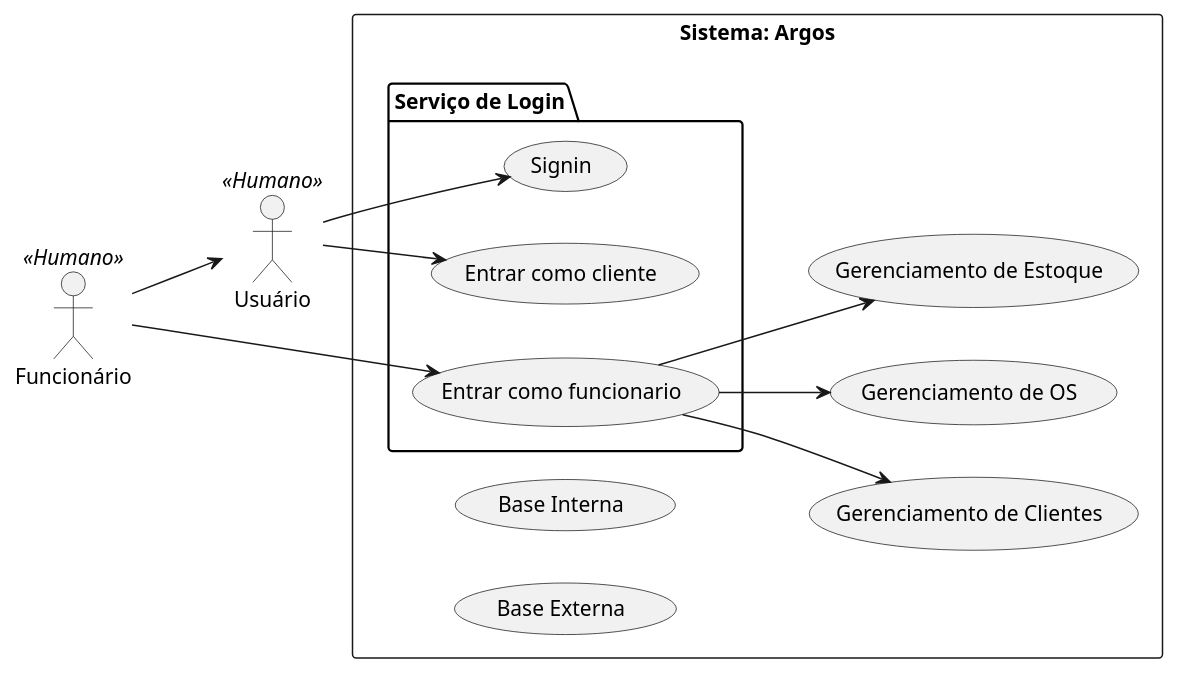
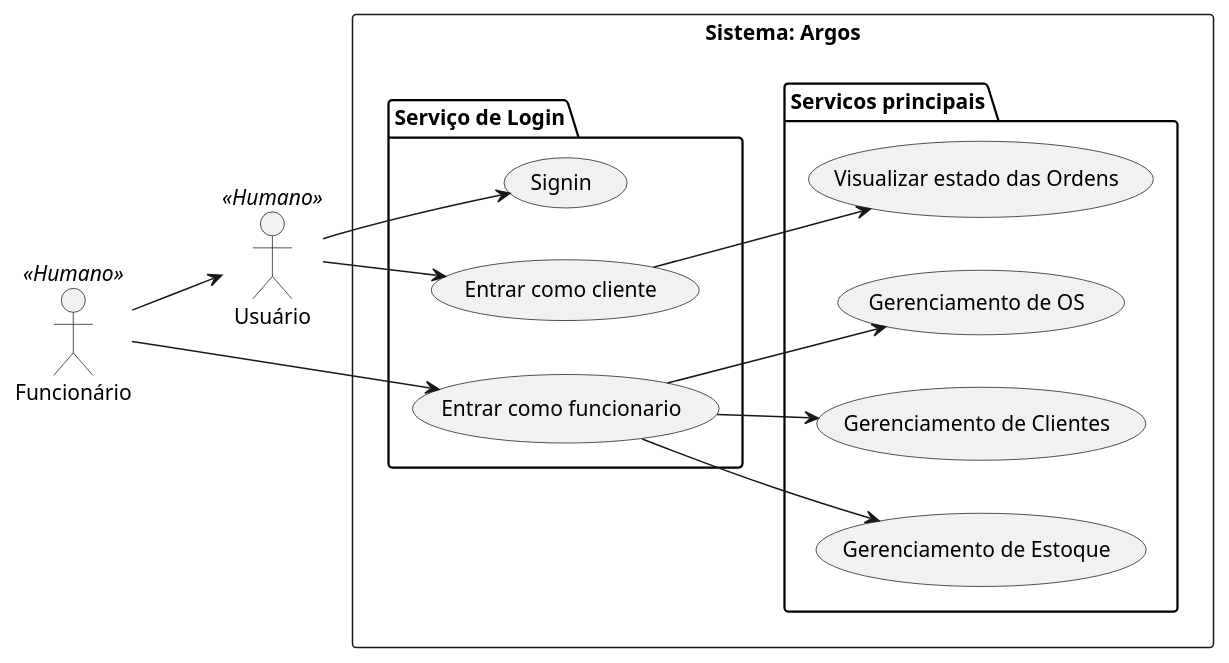
The diagram in diagramas/use-case-diagram.puml (CS-PI-2026-Argonautas/docs), drawn with PlantUML before and after one commit. The commit also changed 2 other files, not shown here.

Commit message:
Diagram updates

```diff
--- a/diagramas/use-case-diagram.puml
+++ b/diagramas/use-case-diagram.puml
@@ -1,44 +1,46 @@
 @startuml usecase
 left to right direction
 
 ' 1. DECLARAÇÃO DOS ATORES (Garante a ordem dos blocos no espaço global)
 actor :Funcionário: as func <<Humano>> 
 actor :Usuário: as user <<Humano>> 
 
 ' 2. ESTRUTURA DO SISTEMA
 rectangle "Sistema: Argos" as Argos {
   
   package "Serviço de Login"{
     (Login) as "Entrar como cliente"
     (LoginAdmin) as "Entrar como funcionario"
     (Signin)
   }
 
-
+  package "Servicos principais"{
+  (OSCRUD) as "Gerenciamento de OS"
   (ClientCRUD) as "Gerenciamento de Clientes"
-  (OSCRUD) as "Gerenciamento de OS"
+  
+  (OSViz) as "Visualizar estado das Ordens"
   (PartCRUD) as "Gerenciamento de Estoque"
-  (LocalDB) as "Base Interna"
-  (ExternalDB) as "Base Externa"
+  }
  
 }
 
 ' 3. LIGAÇÕES ESQUERDA -> CENTRO (Atores Humanos conectando nos Casos de Uso)
 user --> Login
+Login --> OSViz
 user --> Signin
 func --> user
 func --> LoginAdmin
 LoginAdmin --> ClientCRUD
 LoginAdmin --> OSCRUD
 LoginAdmin --> PartCRUD
 
 
 
 ' 4. RELACIONAMENTOS INTERNOS
 
 
 ' 5. LIGAÇÕES CENTRO -> DIREITA (Casos de Uso conectando nos Bancos de Dados)
 ' A seta obrigatoriamente aponta para a direita (-->) partindo do caso de uso para o actor
 
 
 @enduml
```
